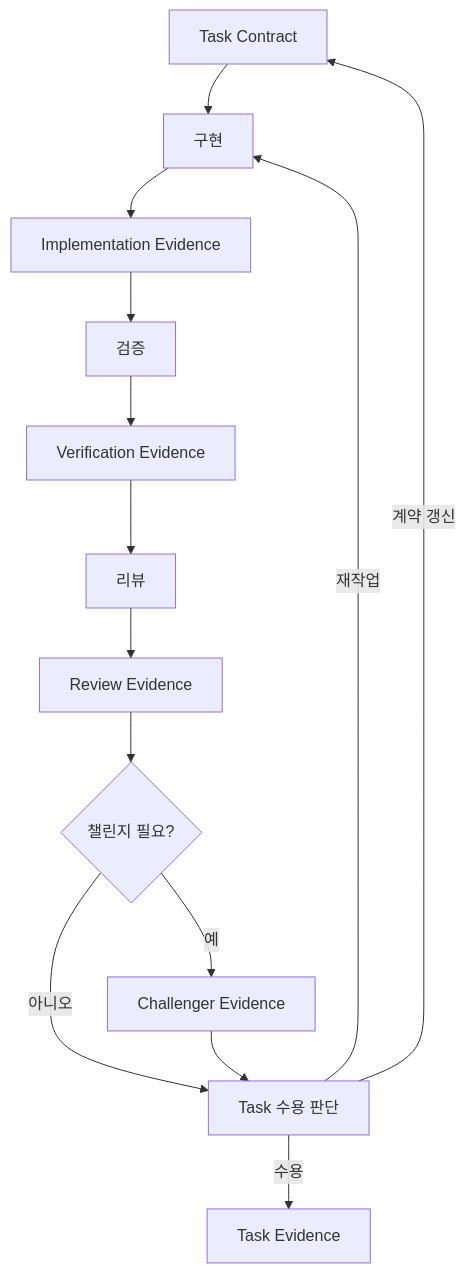
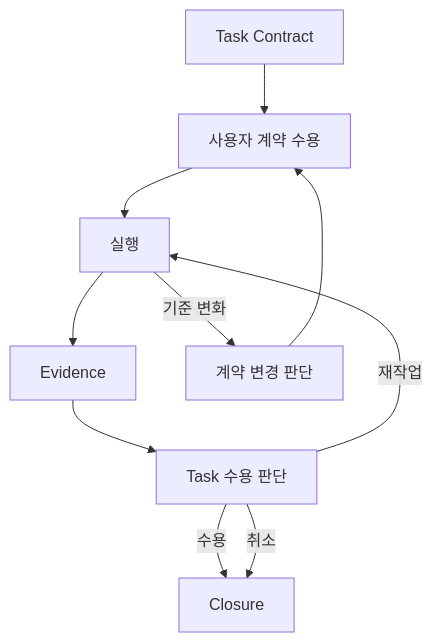
Before and after one commit to choam2426/Geas: the second of 2 diagrams in README.ko.md, drawn with Mermaid. The commit also changed other lines of this file and 1 other file, not shown here.

````diff
--- a/README.ko.md
+++ b/README.ko.md
@@ -116,16 +118,12 @@
 ```mermaid
 flowchart TD
-  contract["Task Contract"] --> implement["구현"]
-  implement --> implEvidence["Implementation Evidence"]
-  implEvidence --> verify["검증"]
-  verify --> verificationEvidence["Verification Evidence"]
-  verificationEvidence --> review["리뷰"]
-  review --> reviewEvidence["Review Evidence"]
-  reviewEvidence --> challenge{"챌린지 필요?"}
-  challenge -->|"예"| challengerEvidence["Challenger Evidence"]
-  challenge -->|"아니오"| taskJudgment["Task 수용 판단"]
-  challengerEvidence --> taskJudgment
-  taskJudgment -->|"수용"| taskEvidence["Task Evidence"]
-  taskJudgment -->|"재작업"| implement
-  taskJudgment -->|"계약 갱신"| contract
+  contract["Task Contract"] --> accept["사용자 계약 수용"]
+  accept --> execute["실행"]
+  execute --> evidence["Evidence"]
+  evidence --> judgment["Task 수용 판단"]
+  judgment -->|"수용"| closure["Closure"]
+  judgment -->|"재작업"| execute
+  judgment -->|"취소"| closure
+  execute -->|"기준 변화"| amend["계약 변경 판단"]
+  amend --> accept
 ```
````
